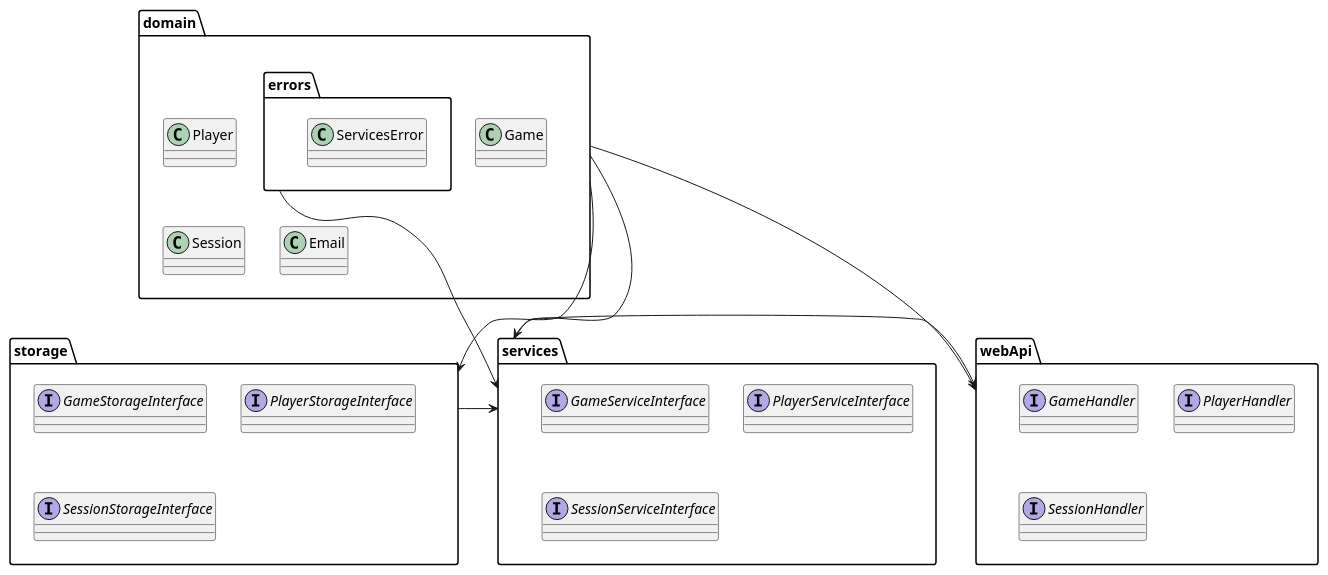
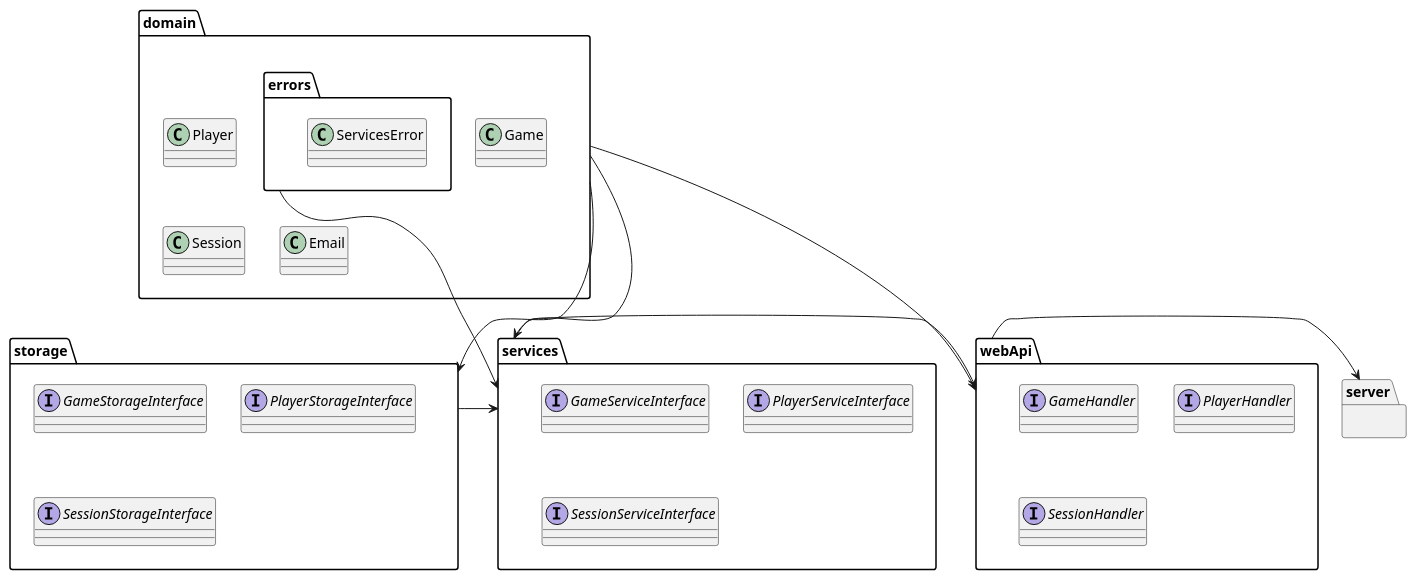
Before and after one commit to Thuzys/Session_Control: the diagram in phase1/src/main/kotlin/pt/isel/ls/Diagram.puml, drawn with PlantUML. The commit also changed 2 other files, not shown here.

Commit message:
Diagram correction and isValidToken test implementation

```diff
--- a/phase1/src/main/kotlin/pt/isel/ls/Diagram.puml
+++ b/phase1/src/main/kotlin/pt/isel/ls/Diagram.puml
@@ -1,40 +1,45 @@
 @startuml
 'https://plantuml.com/sequence-diagram
 
 package domain {
     class Player
     class Game
     class Session
     class Email
     package errors {
     class ServicesError
     }
 }
 
 package services {
     Interface GameServiceInterface
     Interface PlayerServiceInterface
     Interface SessionServiceInterface
 }
 
 package storage {
     Interface GameStorageInterface
     Interface PlayerStorageInterface
     Interface SessionStorageInterface
 }
 package webApi {
     Interface GameHandler
     Interface PlayerHandler
     Interface SessionHandler
 }
 
+package server {
+}
+
 domain -> services
 domain.errors -> services
 domain -> storage
 domain -> webApi
 
 storage -> services
 
 services -> webApi
 
+webApi -> server
+
 @enduml
```
